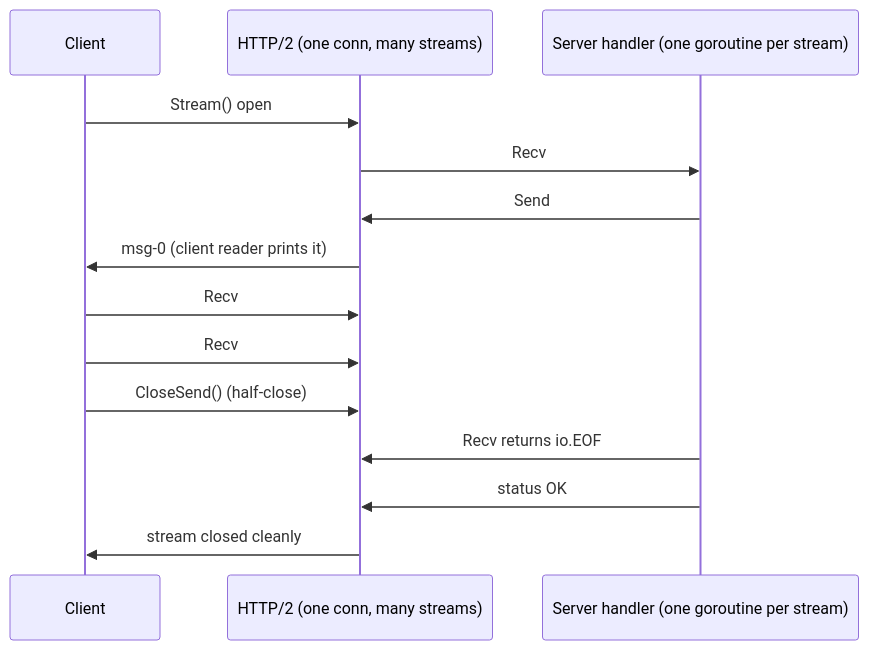
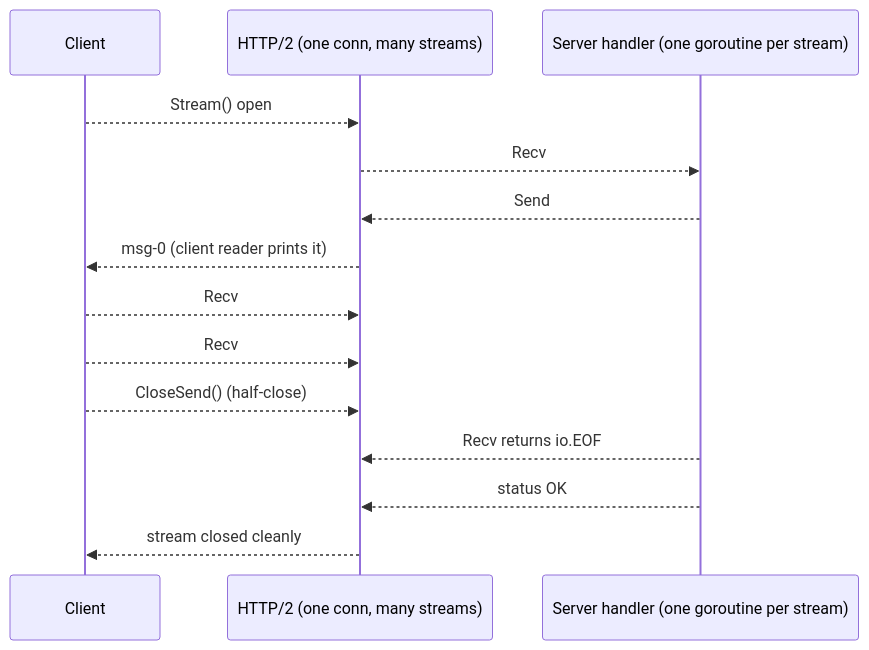
The first of 2 diagrams in content/learn/grpc-in-go-the-service-that-doesnt-need-a-microservice-framework.md (PunitNaran/golang4u), drawn with Mermaid before and after one commit. The commit also changed other lines of this file and 18 other files, not shown here.

Commit message:
fix mermaid sequence-arrow syntax (->, -->> , labeled arrows break hugo template parser)

````diff
--- a/content/learn/grpc-in-go-the-service-that-doesnt-need-a-microservice-framework.md
+++ b/content/learn/grpc-in-go-the-service-that-doesnt-need-a-microservice-framework.md
@@ -201,16 +201,16 @@
 ```mermaid
 sequenceDiagram
     participant C as Client
     participant T as HTTP/2 (one conn, many streams)
     participant S as Server handler (one goroutine per stream)
-    C->>T: Stream() open
-    T->>S: Recv #1 -> msg-0
-    S->>T: Send #1 -> msg-0
-    T->>C: msg-0 (client reader prints it)
-    C->>T: Recv #2 -> msg-1, Send #2 -> msg-1
-    C->>T: Recv #3 -> msg-2, Send #3 -> msg-2
-    C->>T: CloseSend() (half-close)
-    S->>T: Recv returns io.EOF
-    S->>T: status OK
-    T->>C: stream closed cleanly
+    C-->>T: Stream() open
+    T-->>S: Recv #1 --> msg-0
+    S-->>T: Send #1 --> msg-0
+    T-->>C: msg-0 (client reader prints it)
+    C-->>T: Recv #2 --> msg-1, Send #2 --> msg-1
+    C-->>T: Recv #3 --> msg-2, Send #3 --> msg-2
+    C-->>T: CloseSend() (half-close)
+    S-->>T: Recv returns io.EOF
+    S-->>T: status OK
+    T-->>C: stream closed cleanly
 ```
````
